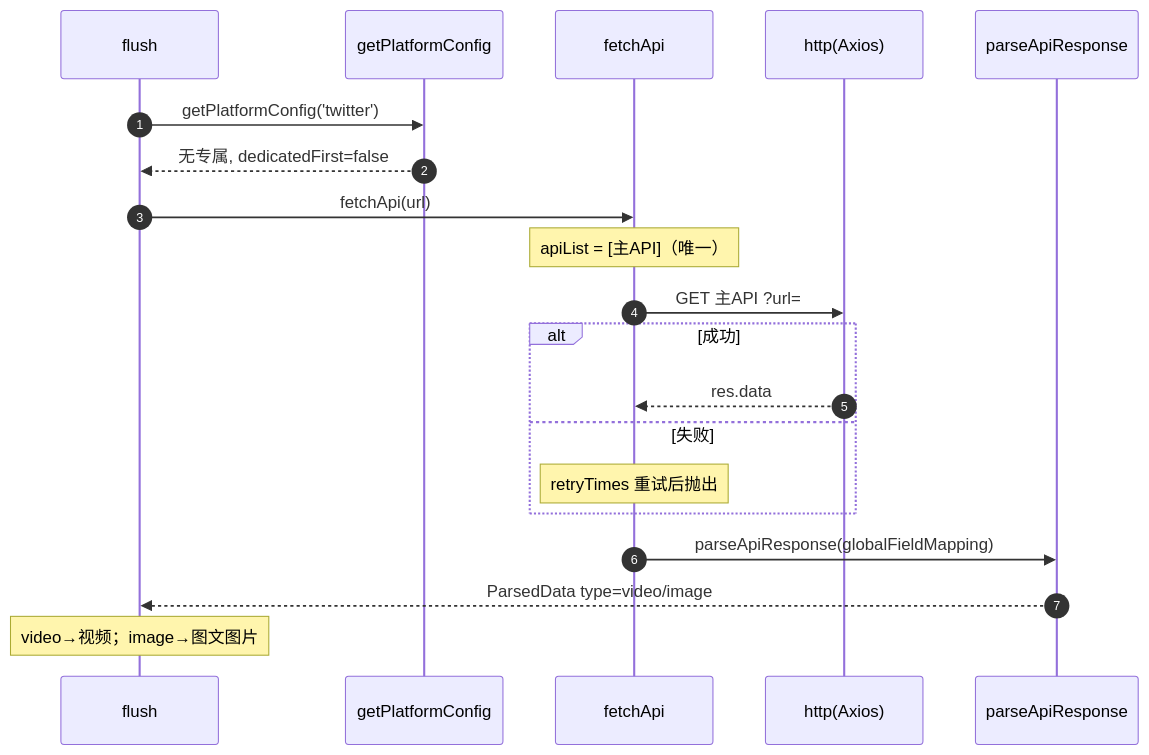
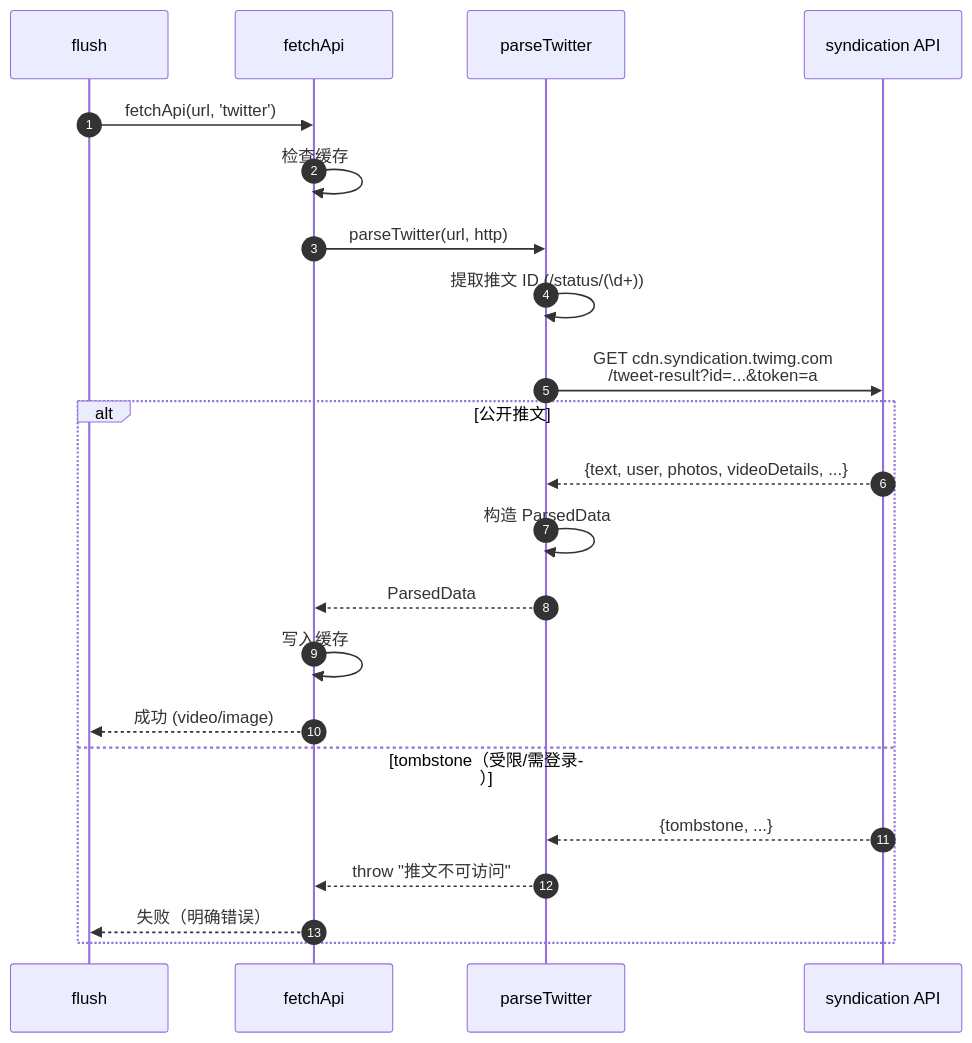
One commit to char-46/koishi-plugin-video-parser-all changed the diagram in docs/platforms/twitter.md. Above: the diagram before and after it, drawn with Mermaid. The commit also changed other lines of this file and 4 other files, not shown here.

First line of the commit message:
fix: 修复 X/Twitter 解析（改用原生 syndication API）

````diff
--- a/docs/platforms/twitter.md
+++ b/docs/platforms/twitter.md
@@ -32,22 +37,24 @@
 ```mermaid
 sequenceDiagram
     autonumber
     participant FL as flush
-    participant GPC as getPlatformConfig
     participant FA as fetchApi
-    participant HTTP as http(Axios)
-    participant PA as parseApiResponse
-    FL->>GPC: getPlatformConfig('twitter')
-    GPC-->>FL: 无专属, dedicatedFirst=false
-    FL->>FA: fetchApi(url)
-    Note over FA: apiList = [主API]（唯一）
-    FA->>HTTP: GET 主API ?url=
-    alt 成功
-        HTTP-->>FA: res.data
-    else 失败
-        Note over FA: retryTimes 重试后抛出
+    participant PT as parseTwitter
+    participant SYN as syndication API
+    FL->>FA: fetchApi(url, 'twitter')
+    FA->>FA: 检查缓存
+    FA->>PT: parseTwitter(url, http)
+    PT->>PT: 提取推文 ID (/status/(\d+))
+    PT->>SYN: GET cdn.syndication.twimg.com<br/>/tweet-result?id=...&token=a
+    alt 公开推文
+        SYN-->>PT: {text, user, photos, videoDetails, ...}
+        PT->>PT: 构造 ParsedData
+        PT-->>FA: ParsedData
+        FA->>FA: 写入缓存
+        FA-->>FL: 成功 (video/image)
+    else tombstone（受限/需登录）
+        SYN-->>PT: {tombstone, ...}
+        PT-->>FA: throw "推文不可访问"
+        FA-->>FL: 失败（明确错误）
     end
-    FA->>PA: parseApiResponse(globalFieldMapping)
-    PA-->>FL: ParsedData type=video/image
-    Note over FL: video→视频；image→图文图片
 ```
````
